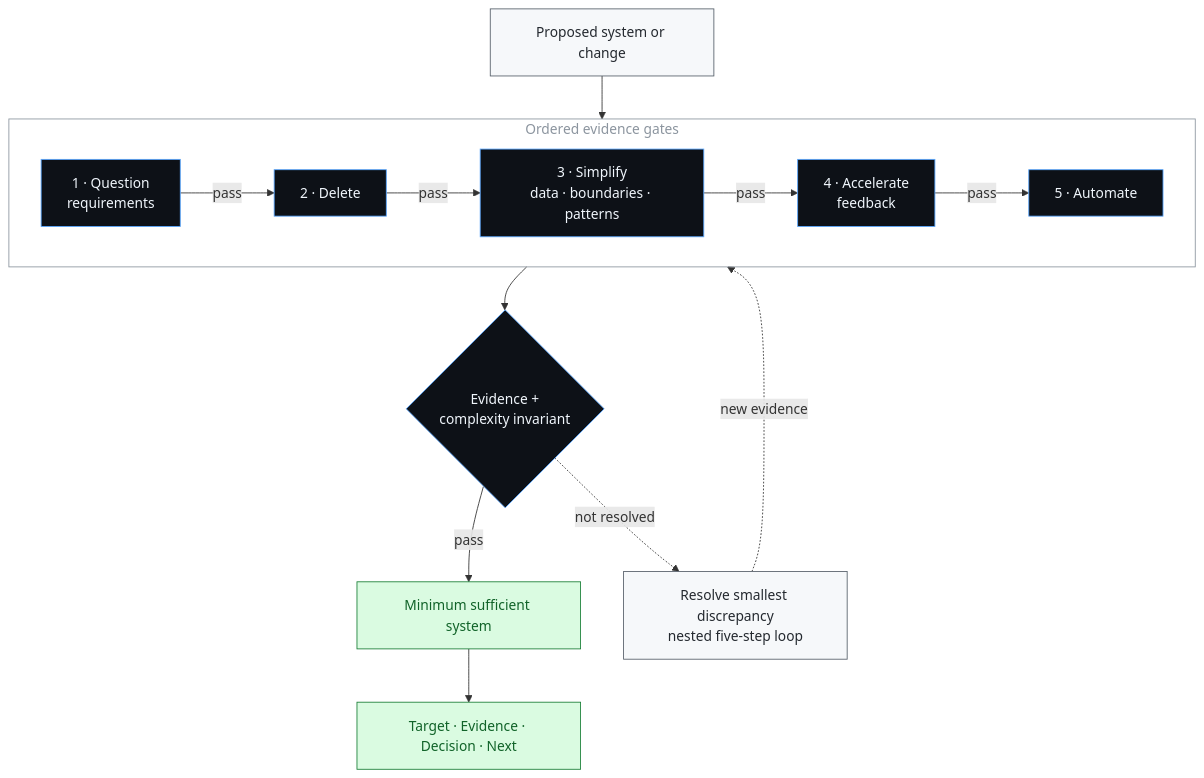
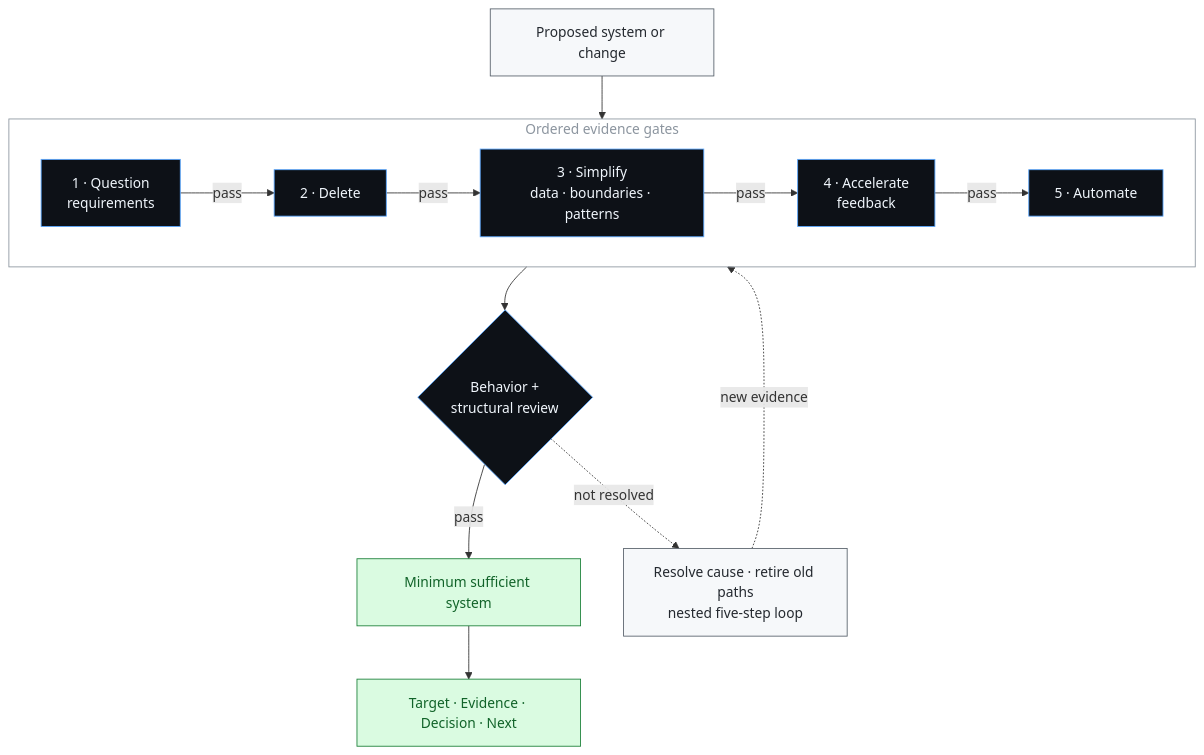
Before and after one commit to ZepinLi/five-step-engineering: the diagram in README.md, drawn with Mermaid. The commit also changed other lines of this file and 7 other files, not shown here.

````diff
--- a/README.md
+++ b/README.md
@@ -12,25 +12,25 @@
 ```mermaid
 flowchart TB
     I["Proposed system or change"]
     subgraph P["Ordered evidence gates"]
         direction LR
         Q["1 · Question<br/>requirements"] -->|"pass"| D["2 · Delete"]
         D -->|"pass"| S["3 · Simplify<br/>data · boundaries · patterns"]
         S -->|"pass"| C["4 · Accelerate<br/>feedback"]
         C -->|"pass"| A["5 · Automate"]
     end
     I --> P
-    P --> G{"Evidence +<br/>complexity invariant"}
+    P --> G{"Behavior +<br/>structural review"}
     G -->|"pass"| O["Minimum sufficient system"]
     O --> R["Target · Evidence · Decision · Next"]
-    G -. "not resolved" .-> L["Resolve smallest discrepancy<br/>nested five-step loop"]
+    G -. "not resolved" .-> L["Resolve cause · retire old paths<br/>nested five-step loop"]
     L -. "new evidence" .-> P
 
     classDef input fill:#f6f8fa,stroke:#57606a,color:#24292f;
     classDef gate fill:#0d1117,stroke:#58a6ff,color:#f0f6fc;
     classDef result fill:#dafbe1,stroke:#1a7f37,color:#116329;
     class I,L input;
     class Q,D,S,C,A,G gate;
     class O,R result;
     style P fill:transparent,stroke:#8c959f,color:#8c959f;
 ```
````
